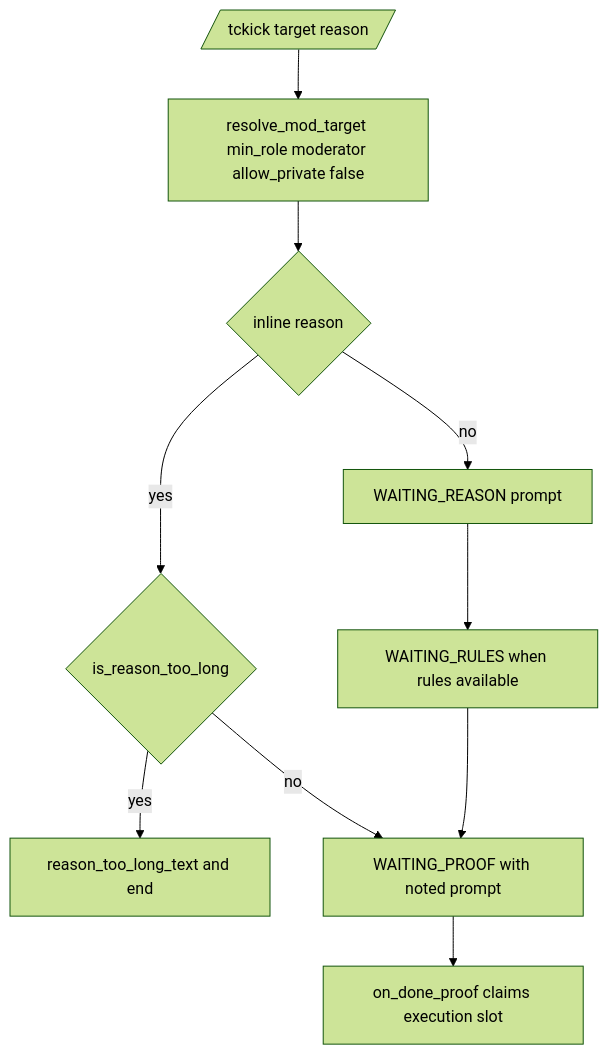
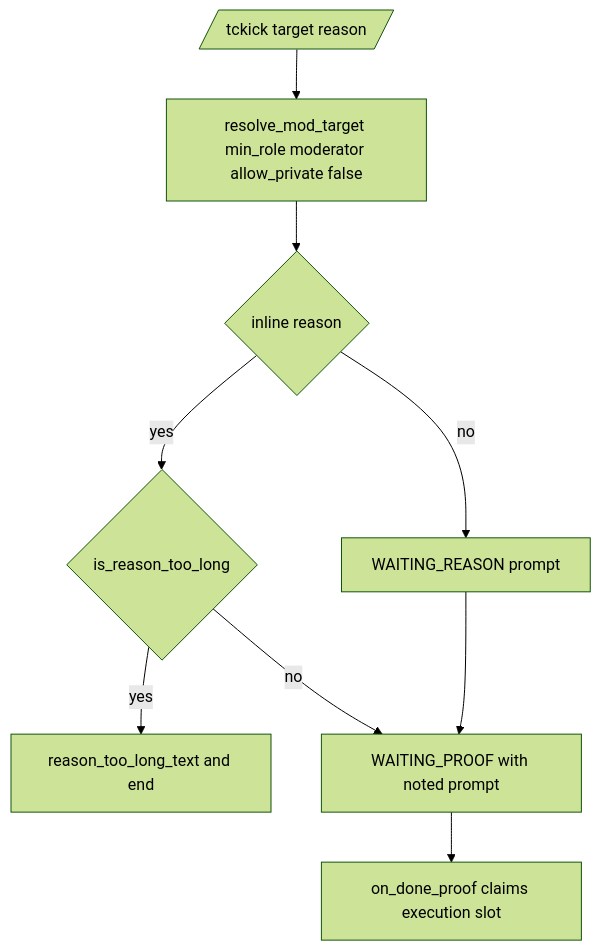
The first of 3 diagrams in docs/flows/kicking.md (D1ZZY4/tcbot), drawn with Mermaid (forest theme) before and after one commit. The commit also changed other lines of this file and 62 other files, not shown here.

````diff
--- a/docs/flows/kicking.md
+++ b/docs/flows/kicking.md
@@ -17,12 +17,11 @@
 ```mermaid
 flowchart TD
     CMD[/tckick target reason/] --> RES[resolve_mod_target min_role moderator allow_private false]
     RES --> REASON{inline reason}
     REASON -->|yes| TOO_LONG{is_reason_too_long}
     TOO_LONG -->|yes| STOP[reason_too_long_text and end]
     TOO_LONG -->|no| PROOF[WAITING_PROOF with noted prompt]
     REASON -->|no| RWAIT[WAITING_REASON prompt]
-    RWAIT --> PICK[WAITING_RULES when rules available]
-    PICK --> PROOF
+    RWAIT --> PROOF
     PROOF --> EXEC[on_done_proof claims execution slot]
 ```
````
